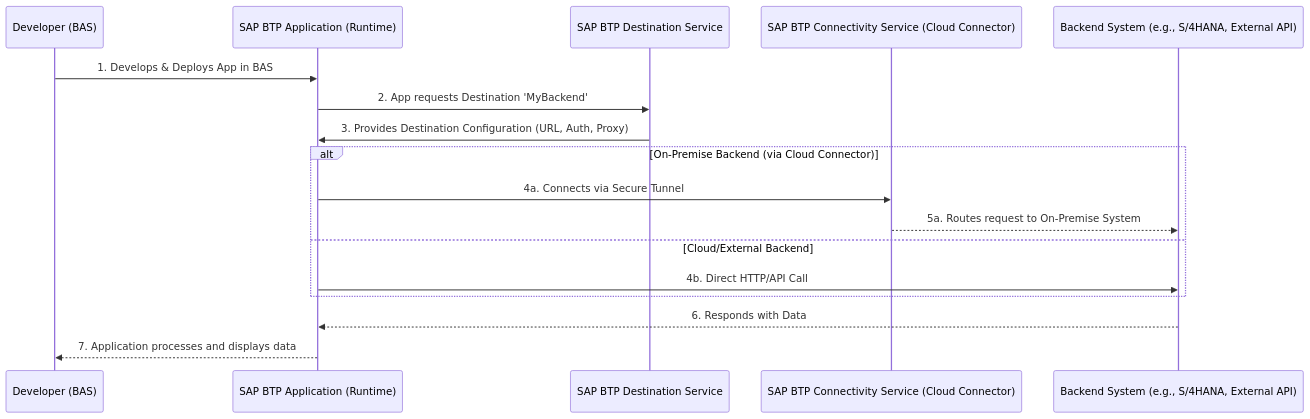
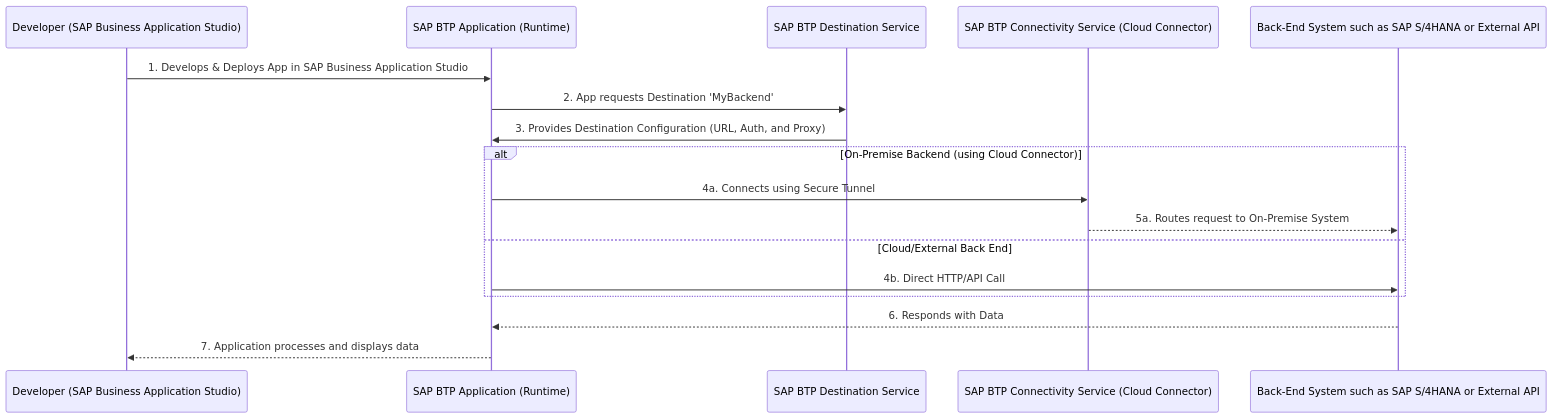
One commit to SAP-samples/fiori-tools-samples changed the diagram in misc/onpremise/README.md. Above: the diagram before and after it, drawn with Mermaid. The commit also changed other lines of this file, not shown here.

````diff
--- a/misc/onpremise/README.md
+++ b/misc/onpremise/README.md
@@ -51,22 +53,22 @@
 ```mermaid
 sequenceDiagram
-   participant Developer as Developer (BAS)
+   participant Developer as Developer (SAP Business Application Studio)
    participant BTPApp as SAP BTP Application (Runtime)
    participant DestinationService as SAP BTP Destination Service
    participant ConnectivityService as SAP BTP Connectivity Service (Cloud Connector)
-   participant BackendSystem as Backend System (e.g., S/4HANA, External API)
+   participant BackendSystem as Back-End System such as SAP S/4HANA or External API
 
-   Developer->>BTPApp: 1. Develops & Deploys App in BAS
+   Developer->>BTPApp: 1. Develops & Deploys App in SAP Business Application Studio
    BTPApp->>DestinationService: 2. App requests Destination 'MyBackend'
-   DestinationService->>BTPApp: 3. Provides Destination Configuration (URL, Auth, Proxy)
+   DestinationService->>BTPApp: 3. Provides Destination Configuration (URL, Auth, and Proxy)
 
-   alt On-Premise Backend (via Cloud Connector)
-      BTPApp->>ConnectivityService: 4a. Connects via Secure Tunnel
+   alt On-Premise Backend (using Cloud Connector)
+      BTPApp->>ConnectivityService: 4a. Connects using Secure Tunnel
       ConnectivityService-->>BackendSystem: 5a. Routes request to On-Premise System
-   else Cloud/External Backend
+   else Cloud/External Back End
       BTPApp->>BackendSystem: 4b. Direct HTTP/API Call
    end
 
    BackendSystem-->>BTPApp: 6. Responds with Data
    BTPApp-->>Developer: 7. Application processes and displays data
 ```
````
